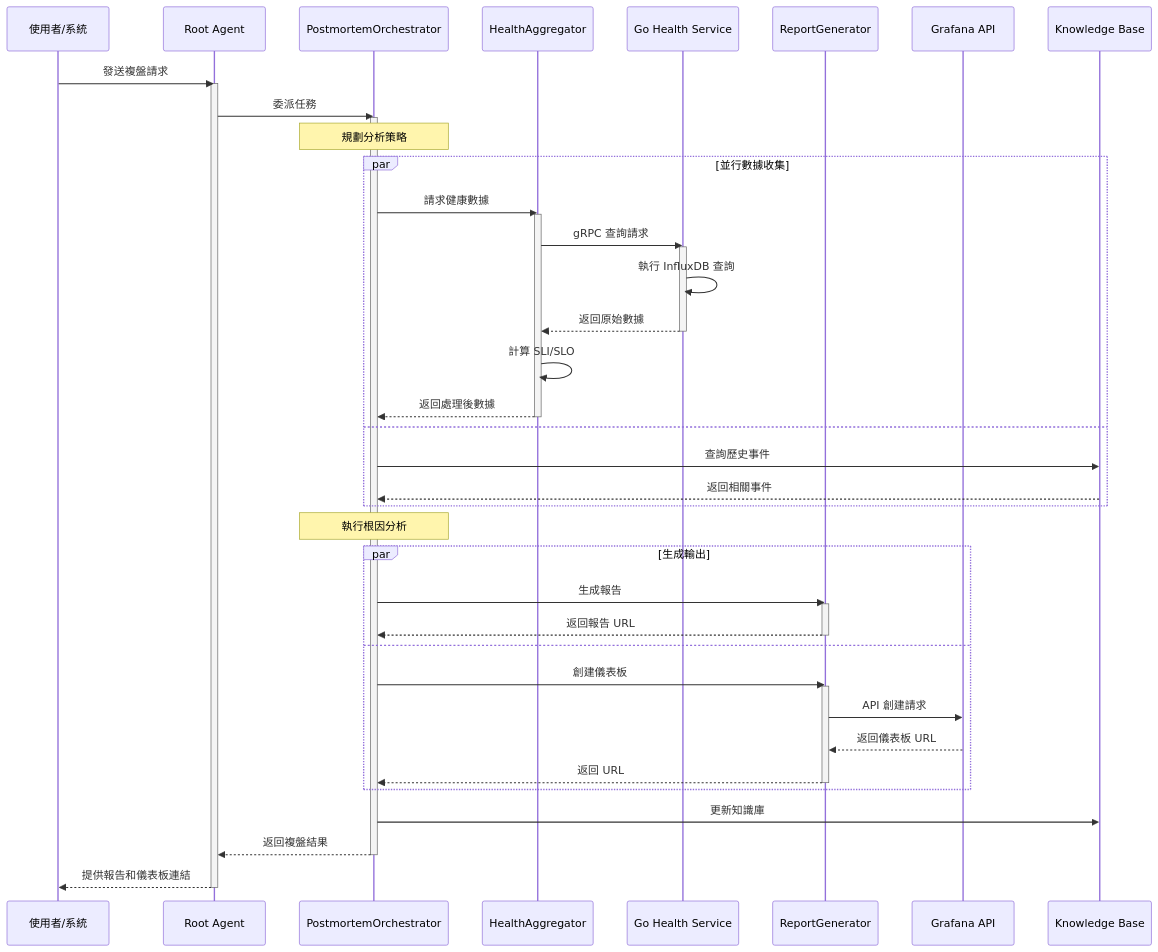
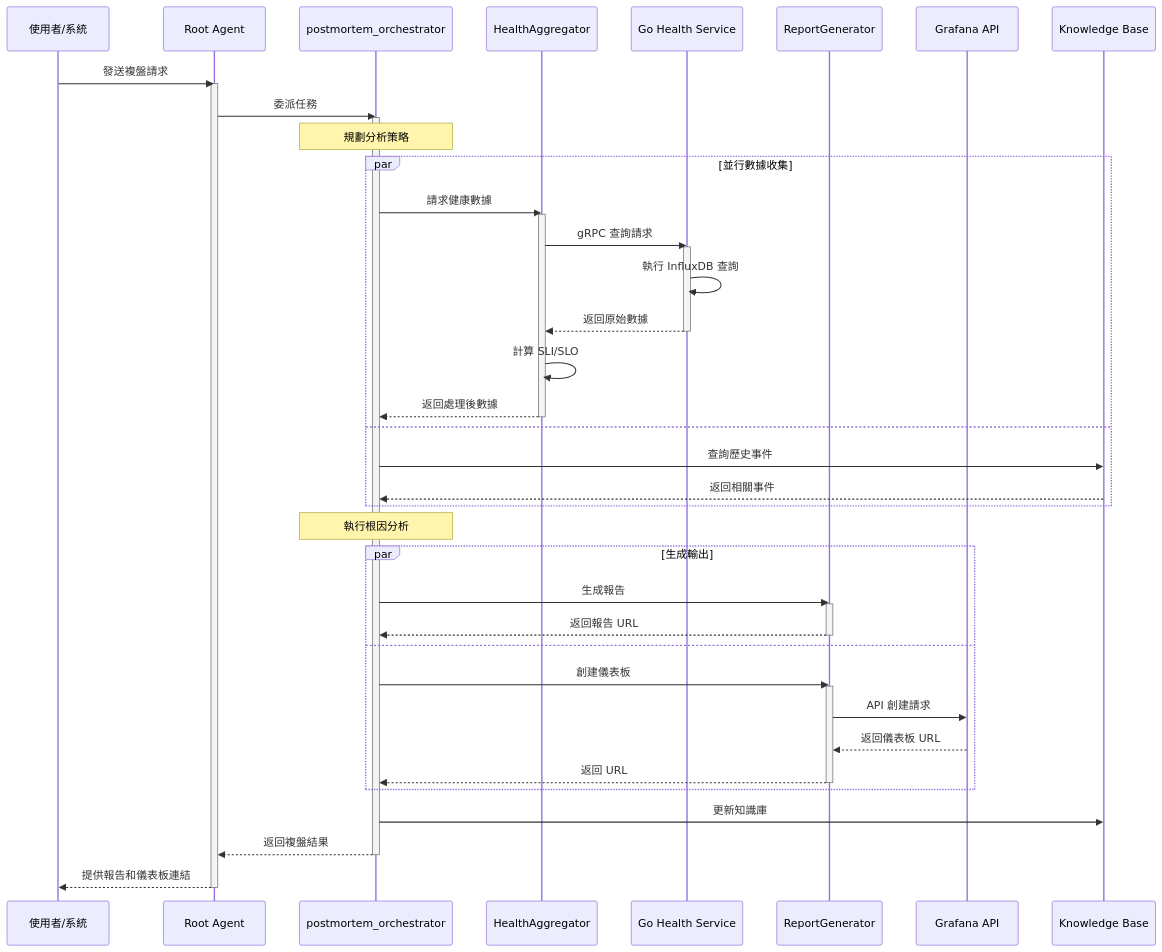
The diagram in docs/mvp-implementation-spec.md (detectviz/detectviz-platform), drawn with Mermaid before and after one commit. The commit also changed other lines of this file and 60 other files, not shown here.

````diff
--- a/docs/mvp-implementation-spec.md
+++ b/docs/mvp-implementation-spec.md
@@ -294,56 +300,56 @@
 ```mermaid
 sequenceDiagram
     participant User as 使用者/系統
     participant RootAgent as Root Agent
-    participant PMAgent as PostmortemOrchestrator
+    participant PMAgent as postmortem_orchestrator
     participant HealthAgg as HealthAggregator
     participant GoService as Go Health Service
     participant ReportGen as ReportGenerator
     participant Grafana as Grafana API
     participant KB as Knowledge Base
 
     User->>RootAgent: 發送複盤請求
     activate RootAgent
     RootAgent->>PMAgent: 委派任務
     activate PMAgent
     
     Note over PMAgent: 規劃分析策略
     
     par 並行數據收集
         PMAgent->>HealthAgg: 請求健康數據
         activate HealthAgg
         HealthAgg->>GoService: gRPC 查詢請求
         activate GoService
         GoService->>GoService: 執行 InfluxDB 查詢
         GoService-->>HealthAgg: 返回原始數據
         deactivate GoService
         HealthAgg->>HealthAgg: 計算 SLI/SLO
         HealthAgg-->>PMAgent: 返回處理後數據
         deactivate HealthAgg
     and
         PMAgent->>KB: 查詢歷史事件
         KB-->>PMAgent: 返回相關事件
     end
     
     Note over PMAgent: 執行根因分析
     
     par 生成輸出
         PMAgent->>ReportGen: 生成報告
         activate ReportGen
         ReportGen-->>PMAgent: 返回報告 URL
         deactivate ReportGen
     and
         PMAgent->>ReportGen: 創建儀表板
         activate ReportGen
         ReportGen->>Grafana: API 創建請求
         Grafana-->>ReportGen: 返回儀表板 URL
         ReportGen-->>PMAgent: 返回 URL
         deactivate ReportGen
     end
     
     PMAgent->>KB: 更新知識庫
     PMAgent-->>RootAgent: 返回複盤結果
     deactivate PMAgent
     RootAgent-->>User: 提供報告和儀表板連結
     deactivate RootAgent
 ```
````
